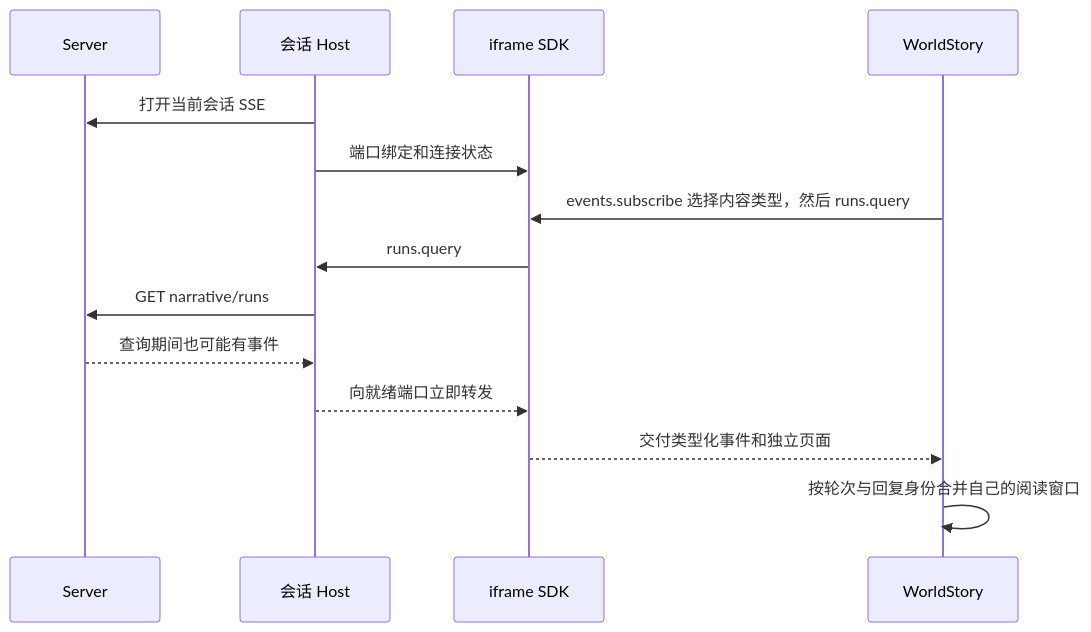
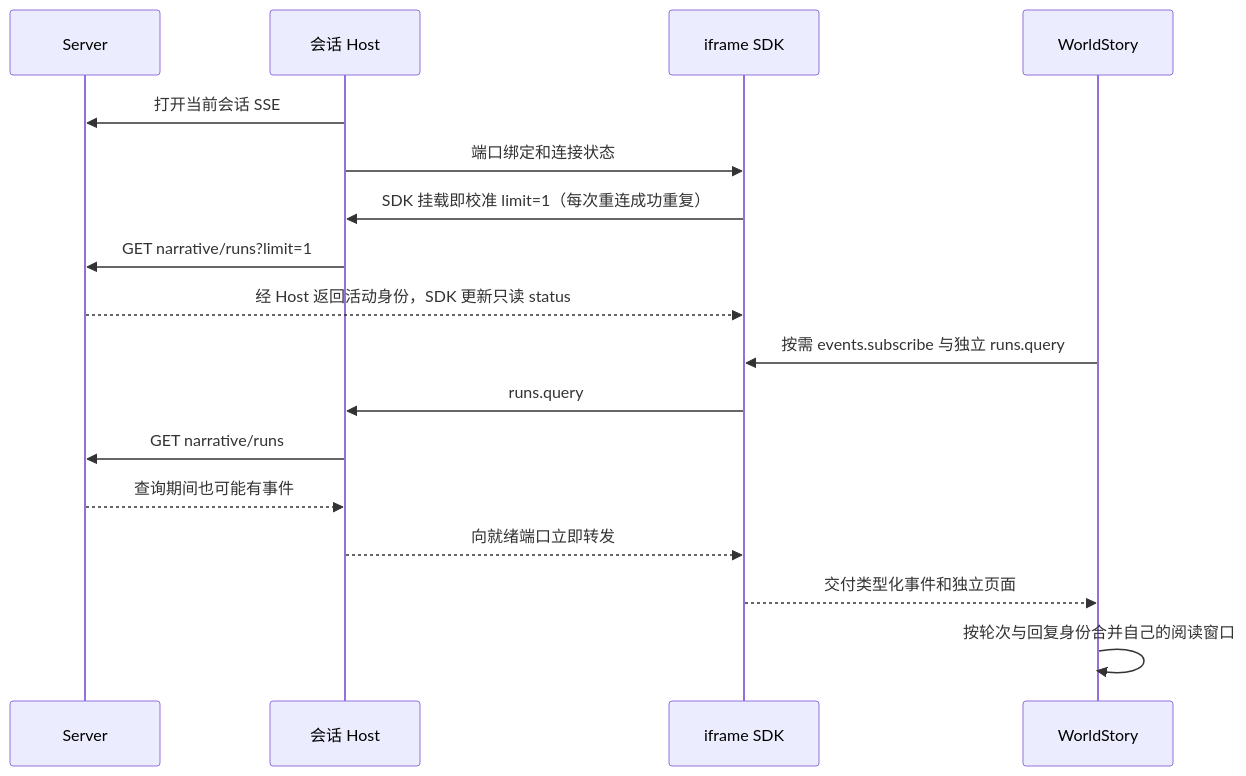
Before and after one commit to huiru-wang/SillyRealms: the second of 2 diagrams in plan/可组合舞台与薄宿主架构方案.md, drawn with Mermaid. The commit also changed other lines of this file and 4 other files, not shown here.

Commit message:
docs: define server runs and update stage architecture plans

````diff
--- a/plan/可组合舞台与薄宿主架构方案.md
+++ b/plan/可组合舞台与薄宿主架构方案.md
@@ -106,16 +118,19 @@
 ```mermaid
 sequenceDiagram
     participant S as Server
     participant H as 会话 Host
     participant D as iframe SDK
     participant W as WorldStory
     H->>S: 打开当前会话 SSE
     H->>D: 端口绑定和连接状态
-    W->>D: events.subscribe 选择内容类型，然后 runs.query
+    D->>H: SDK 挂载即校准 limit=1（每次重连成功重复）
+    H->>S: GET narrative/runs?limit=1
+    S-->>D: 经 Host 返回活动身份，SDK 更新只读 status
+    W->>D: 按需 events.subscribe 与独立 runs.query
     D->>H: runs.query
     H->>S: GET narrative/runs
     S-->>H: 查询期间也可能有事件
     H-->>D: 向就绪端口立即转发
     D-->>W: 交付类型化事件和独立页面
     W->>W: 按轮次与回复身份合并自己的阅读窗口
 ```
````
